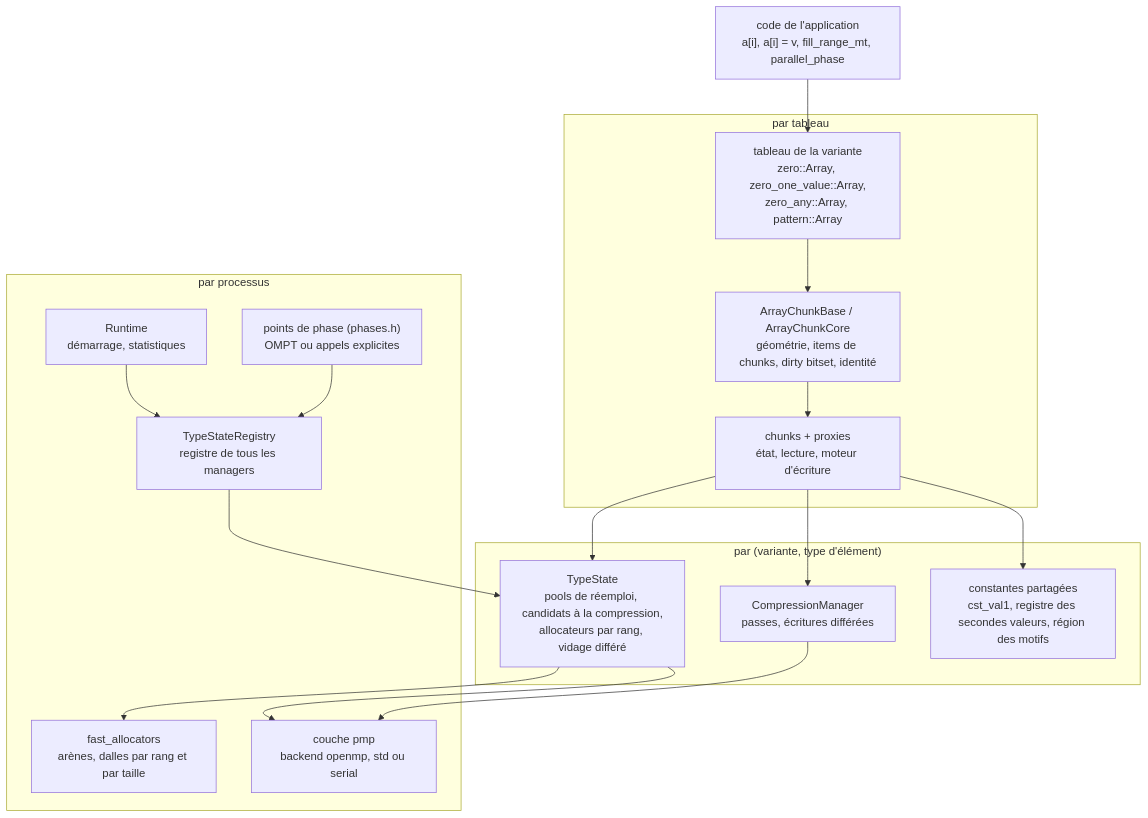
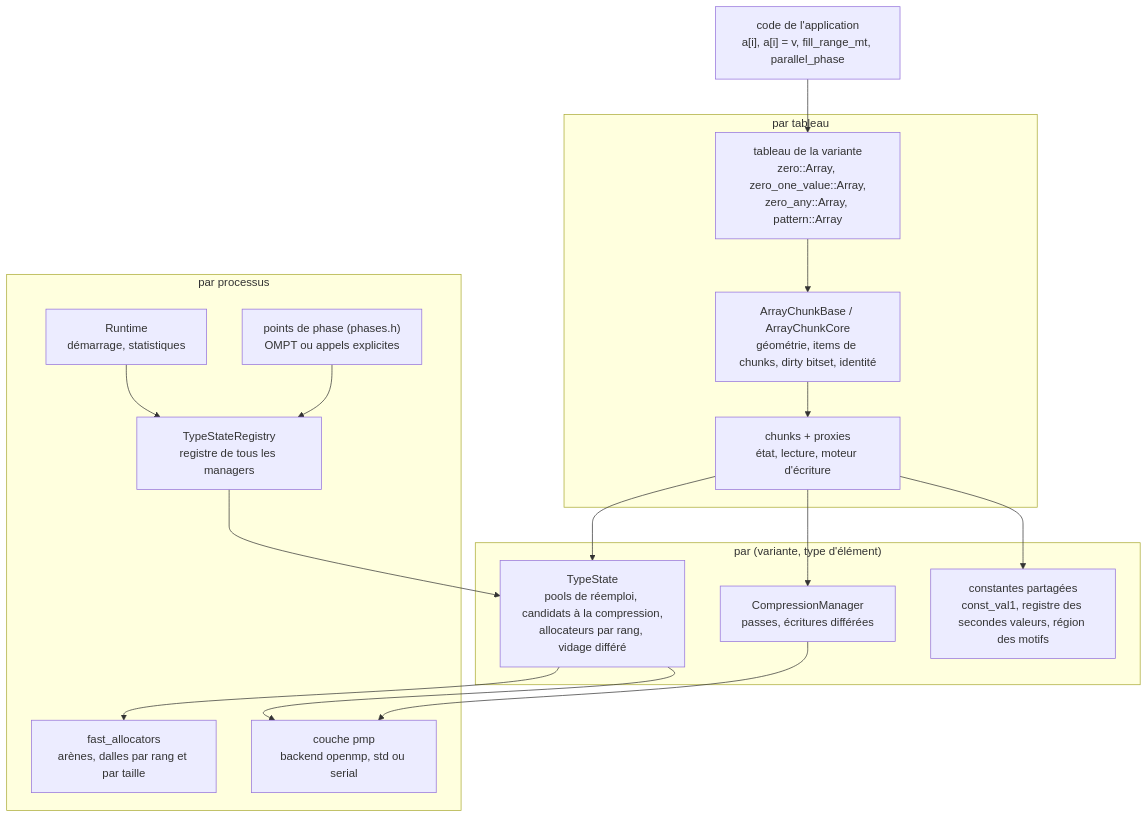
One commit to cea-hpc/shrink-array changed the second of 3 diagrams in docs/conception_fr.md. Above: the diagram before and after it, drawn with Mermaid. The commit also changed other lines of this file and 108 other files, not shown here.

First line of the commit message:
French names in English (4/4): cst (constante) is const

````diff
--- a/docs/conception_fr.md
+++ b/docs/conception_fr.md
@@ -74,31 +74,31 @@
 ```mermaid
 flowchart TB
     app["code de l'application<br/>a[i], a[i] = v, fill_range_mt, parallel_phase"]
     subgraph per_array["par tableau"]
         arr["tableau de la variante<br/>zero::Array, zero_one_value::Array,<br/>zero_any::Array, pattern::Array"]
         base["ArrayChunkBase / ArrayChunkCore<br/>géométrie, items de chunks, dirty bitset, identité"]
         chk["chunks + proxies<br/>état, lecture, moteur d'écriture"]
     end
     subgraph per_type["par (variante, type d'élément)"]
         mgr["TypeState<br/>pools de réemploi, candidats à la compression,<br/>allocateurs par rang, vidage différé"]
         cmp["CompressionManager<br/>passes, écritures différées"]
-        reg["constantes partagées<br/>cst_val1, registre des secondes valeurs, région des motifs"]
+        reg["constantes partagées<br/>const_val1, registre des secondes valeurs, région des motifs"]
     end
     subgraph per_process["par processus"]
         all["TypeStateRegistry<br/>registre de tous les managers"]
         par["Runtime<br/>démarrage, statistiques"]
         phase["points de phase (phases.h)<br/>OMPT ou appels explicites"]
         pmp["couche pmp<br/>backend openmp, std ou serial"]
         fa["fast_allocators<br/>arènes, dalles par rang et par taille"]
     end
     app --> arr --> base --> chk
     chk --> mgr
     chk --> cmp
     chk --> reg
     mgr --> fa
     all --> mgr
     par --> all
     phase --> all
     cmp --> pmp
     mgr --> pmp
 ```
````
